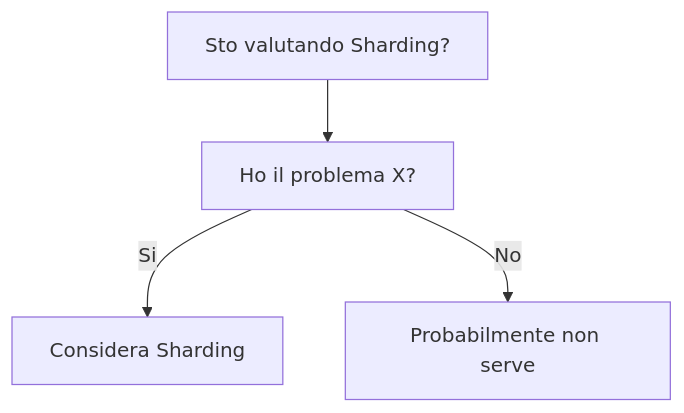
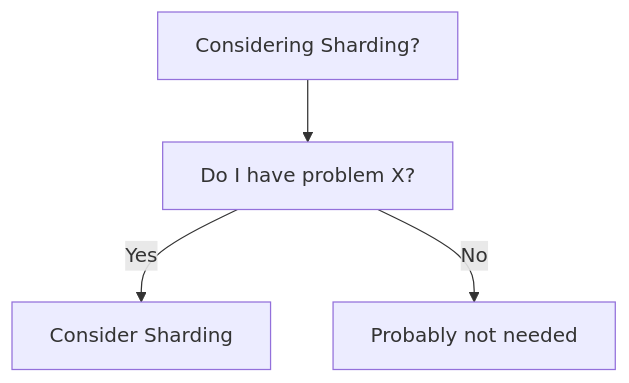
One commit to HxT9/Software-Dev-Wiki changed the diagram in dev-wiki/05_Distributed_Systems/Sharding/When_To_Use.md. Above: the diagram before and after it, drawn with Mermaid. The commit also changed other lines of this file and 3444 other files, not shown here.

````diff
--- a/dev-wiki/05_Distributed_Systems/Sharding/When_To_Use.md
+++ b/dev-wiki/05_Distributed_Systems/Sharding/When_To_Use.md
@@ -19,6 +19,6 @@
 ```mermaid
 flowchart TD
-  Q[Sto valutando Sharding?] --> Q1[Ho il problema X?]
-  Q1 -->|Si| OK[Considera Sharding]
-  Q1 -->|No| NO[Probabilmente non serve]
+  Q[Considering Sharding?] --> Q1[Do I have problem X?]
+  Q1 -->|Yes| OK[Consider Sharding]
+  Q1 -->|No| NO[Probably not needed]
 ```
````
